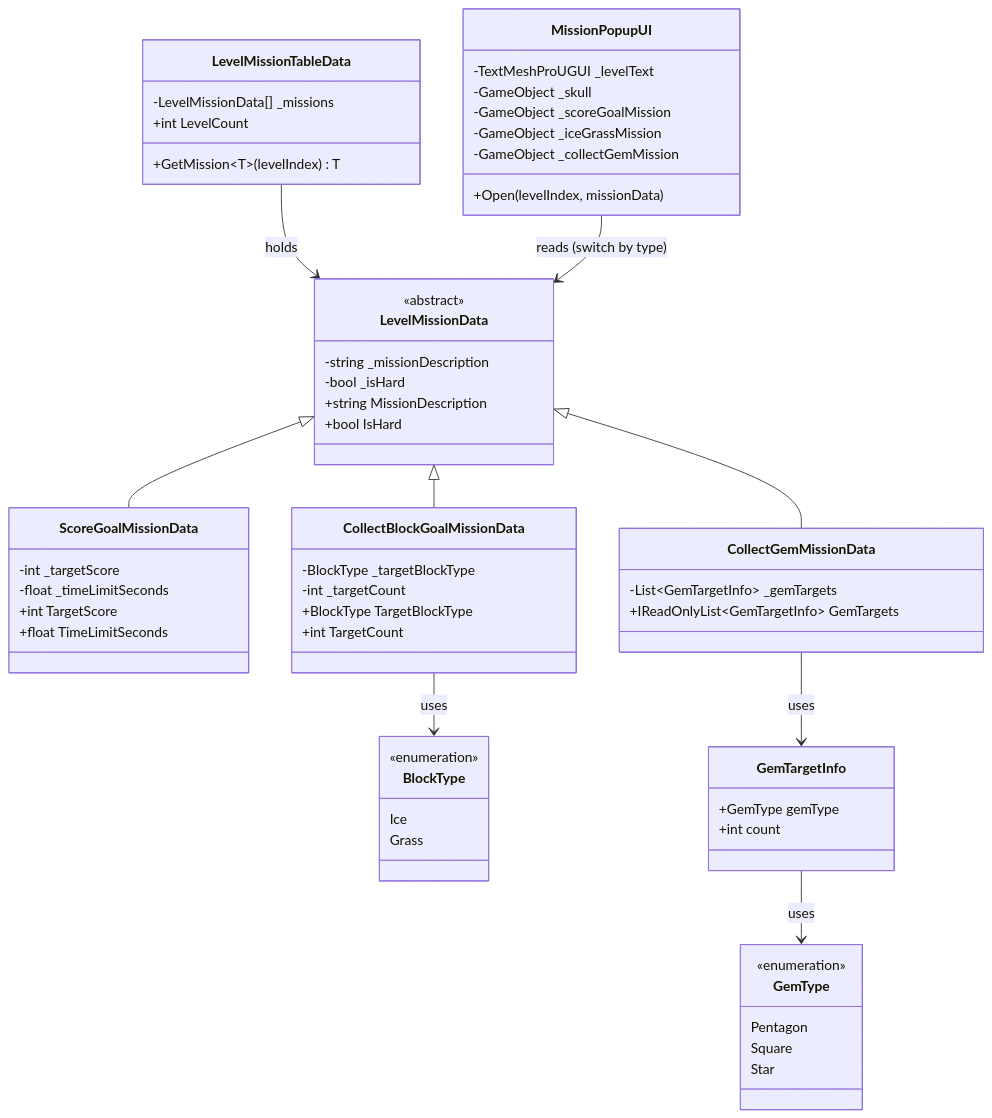
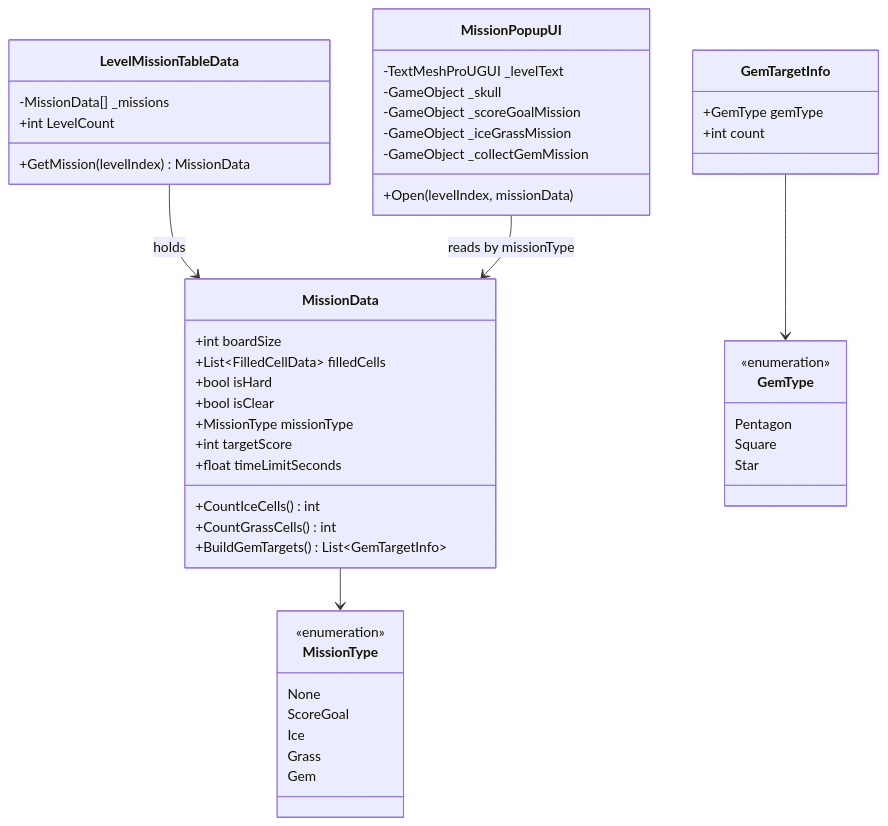
One commit to chlghksgml01/BlockPuzzle changed the second of 3 diagrams in docs/diagrams/level-map.md. Above: the diagram before and after it, drawn with Mermaid. The commit also changed other lines of this file and 38 other files, not shown here.

````diff
--- a/docs/diagrams/level-map.md
+++ b/docs/diagrams/level-map.md
@@ -106,71 +104,56 @@
 ```mermaid
 classDiagram
-    class LevelMissionData {
-        <<abstract>>
-        -string _missionDescription
-        -bool _isHard
-        +string MissionDescription
-        +bool IsHard
+    class MissionData {
+        +int boardSize
+        +List~FilledCellData~ filledCells
+        +bool isHard
+        +bool isClear
+        +MissionType missionType
+        +int targetScore
+        +float timeLimitSeconds
+        +CountIceCells() int
+        +CountGrassCells() int
+        +BuildGemTargets() List~GemTargetInfo~
     }
 
-    class ScoreGoalMissionData {
-        -int _targetScore
-        -float _timeLimitSeconds
-        +int TargetScore
-        +float TimeLimitSeconds
-    }
-
-    class CollectBlockGoalMissionData {
-        -BlockType _targetBlockType
-        -int _targetCount
-        +BlockType TargetBlockType
-        +int TargetCount
-    }
-
-    class CollectGemMissionData {
-        -List~GemTargetInfo~ _gemTargets
-        +IReadOnlyList~GemTargetInfo~ GemTargets
-    }
-
-    class BlockType {
+    class MissionType {
         <<enumeration>>
+        None
+        ScoreGoal
         Ice
         Grass
+        Gem
     }
 
     class GemType {
         <<enumeration>>
         Pentagon
         Square
         Star
     }
 
     class GemTargetInfo {
         +GemType gemType
         +int count
     }
 
     class LevelMissionTableData {
-        -LevelMissionData[] _missions
+        -MissionData[] _missions
         +int LevelCount
-        +GetMission~T~(levelIndex) T
+        +GetMission(levelIndex) MissionData
     }
 
     class MissionPopupUI {
         -TextMeshProUGUI _levelText
         -GameObject _skull
         -GameObject _scoreGoalMission
         -GameObject _iceGrassMission
         -GameObject _collectGemMission
         +Open(levelIndex, missionData)
     }
 
-    LevelMissionData <|-- ScoreGoalMissionData
-    LevelMissionData <|-- CollectBlockGoalMissionData
-    LevelMissionData <|-- CollectGemMissionData
-    CollectBlockGoalMissionData --> BlockType : uses
-    CollectGemMissionData --> GemTargetInfo : uses
-    GemTargetInfo --> GemType : uses
-    LevelMissionTableData --> LevelMissionData : holds
-    MissionPopupUI --> LevelMissionData : reads (switch by type)
+    MissionData --> MissionType
+    GemTargetInfo --> GemType
+    LevelMissionTableData --> MissionData : holds
+    MissionPopupUI --> MissionData : reads by missionType
 ```
````
